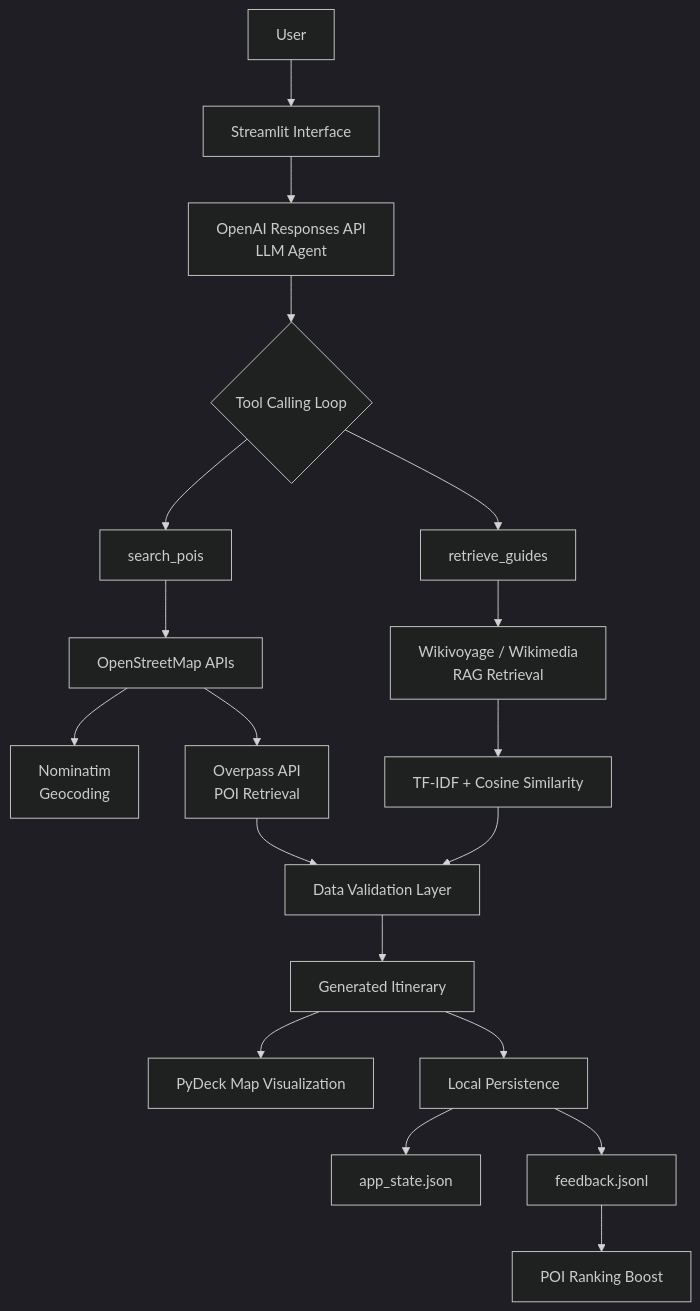
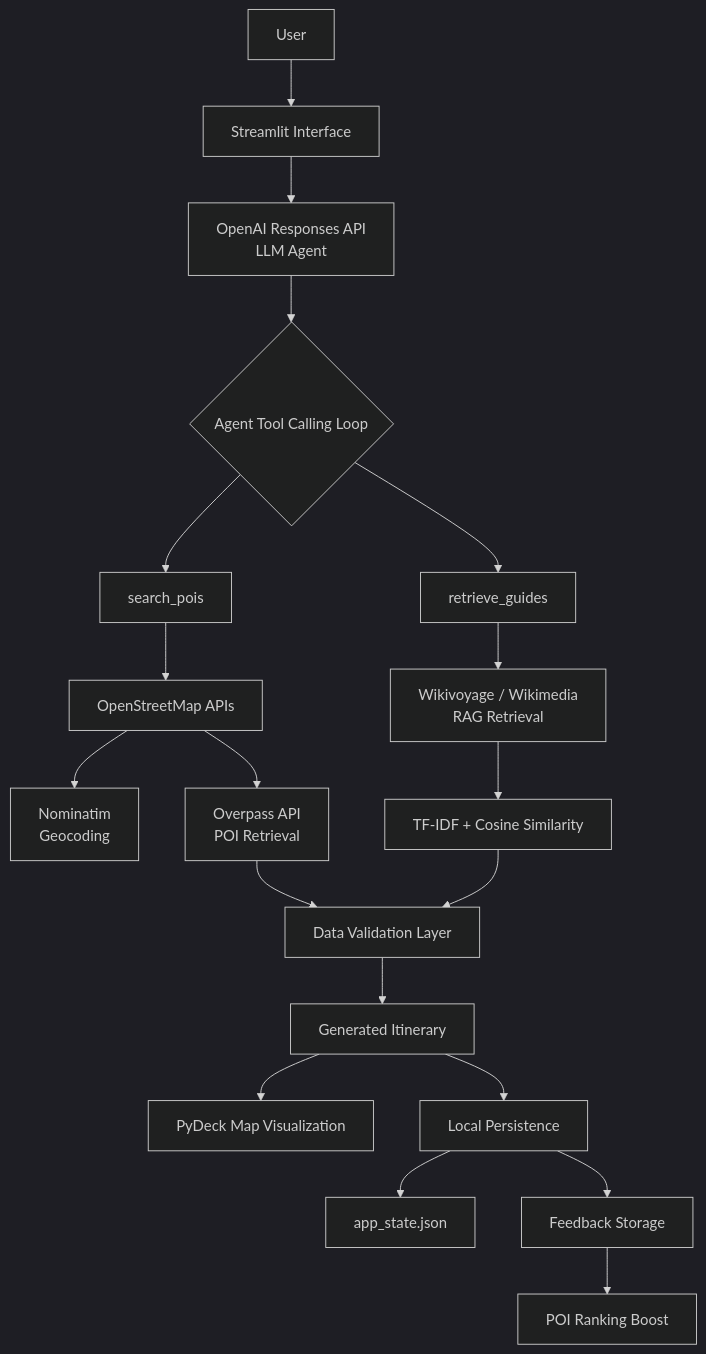
Before and after one commit to DianaSpahieva/portfolio: the diagram in content/projects/project10/index.md, drawn with Mermaid (dark theme). The commit also changed other lines of this file and 1 other file, not shown here.

````diff
--- a/content/projects/project10/index.md
+++ b/content/projects/project10/index.md
@@ -31,31 +31,31 @@
 ```mermaid
 flowchart TD
     A[User] --> B[Streamlit Interface]
 
     B --> C[OpenAI Responses API<br/>LLM Agent]
 
-    C --> D{Tool Calling Loop}
+    C --> D{Agent Tool Calling Loop}
 
     D --> E[search_pois]
     D --> F[retrieve_guides]
 
     E --> G[OpenStreetMap APIs]
     G --> G1[Nominatim<br/>Geocoding]
     G --> G2[Overpass API<br/>POI Retrieval]
 
     F --> H[Wikivoyage / Wikimedia<br/>RAG Retrieval]
     H --> H1[TF-IDF + Cosine Similarity]
 
     G2 --> I[Data Validation Layer]
     H1 --> I
 
     I --> J[Generated Itinerary]
 
     J --> K[PyDeck Map Visualization]
 
     J --> L[Local Persistence]
     L --> L1[app_state.json]
-    L --> L2[feedback.jsonl]
+    L --> L2[Feedback Storage]
 
     L2 --> M[POI Ranking Boost]
 ```
````
